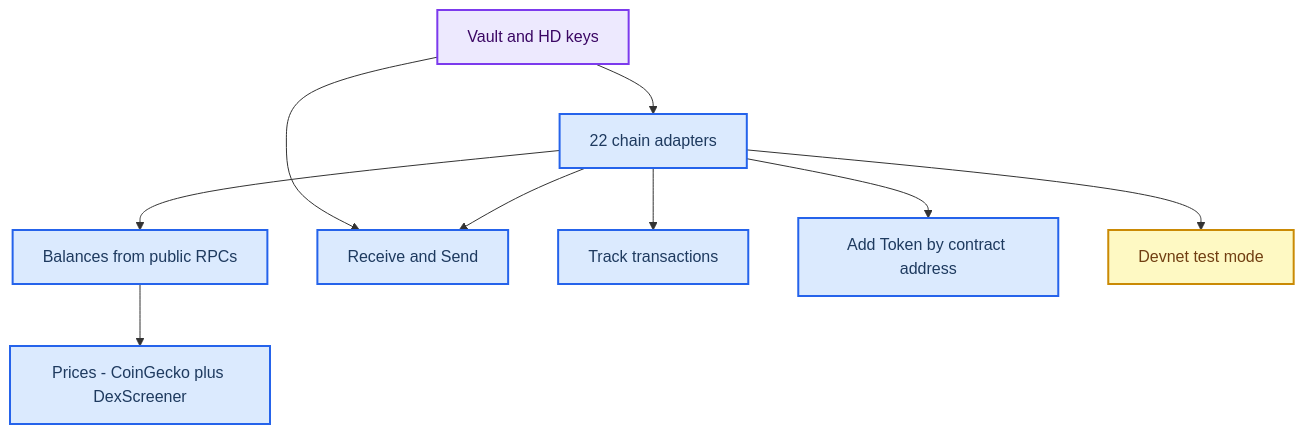
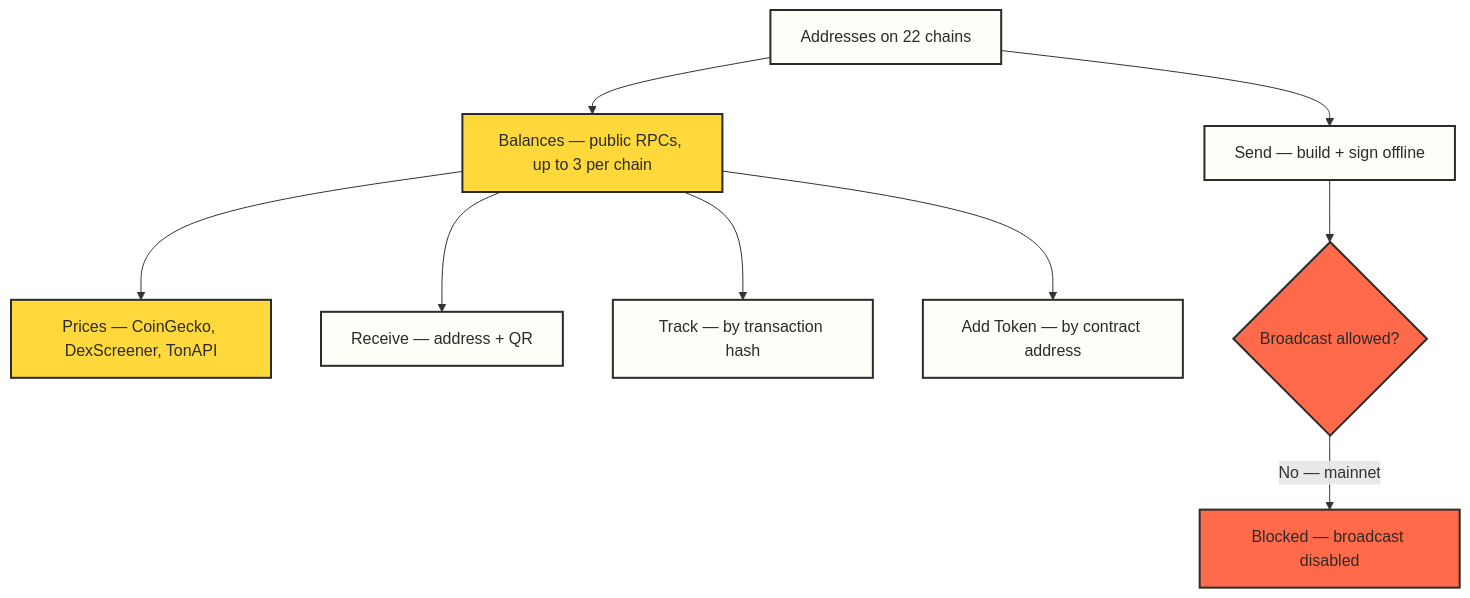
One commit to Pr3eve6ti2o/bawa changed the third of 3 diagrams in docs/HOW-IT-WORKS.md. Above: the diagram before and after it, drawn with Mermaid. The commit also changed other lines of this file and 3 other files, not shown here.

Commit message:
Lane K: hand-crafted architecture + explainer SVGs in README, richer Mermaid in HOW-IT-WORKS

````diff
--- a/docs/HOW-IT-WORKS.md
+++ b/docs/HOW-IT-WORKS.md
@@ -82,22 +84,24 @@
 ```mermaid
 flowchart TB
-    accTitle: What the example wallet does
-    accDescr: Vault and HD keys feed 22 chain adapters; balances, prices, Receive, Send, tracking, Add Token, and devnet hang off them
+    accTitle: Balances, prices and flows
+    accDescr: Addresses feed public RPC balances and cached prices; Receive, Track and Add Token read them, and Send stops at a disabled broadcast.
 
-    vault["Vault and HD keys"] --> chains["22 chain adapters"]
-    chains --> balances["Balances from public RPCs"]
-    balances --> prices["Prices - CoinGecko plus DexScreener"]
-    vault --> receive["Receive and Send"]
-    chains --> receive
-    chains --> track["Track transactions"]
-    chains --> addtoken["Add Token by contract address"]
-    chains --> devnet["Devnet test mode"]
+    addrs2["Addresses on 22 chains"] --> balances["Balances — public RPCs, up to 3 per chain"]
+    balances --> prices["Prices — CoinGecko, DexScreener, TonAPI"]
+    balances --> receive["Receive — address + QR"]
+    balances --> track["Track — by transaction hash"]
+    balances --> addtoken["Add Token — by contract address"]
+    addrs2 --> send["Send — build + sign offline"]
+    send --> guard{"Broadcast allowed?"}
+    guard -->|No — mainnet| blocked["Blocked — broadcast disabled"]
 
-    classDef key fill:#ede9fe,stroke:#7c3aed,stroke-width:2px,color:#3b0764
-    classDef process fill:#dbeafe,stroke:#2563eb,stroke-width:2px,color:#1e3a5f
-    classDef test fill:#fef9c3,stroke:#ca8a04,stroke-width:2px,color:#713f12
+    classDef guide fill:#FFFDF7,stroke:#2B2B2B,stroke-width:2px,color:#2B2B2B
+    classDef sun fill:#FFD93B,stroke:#2B2B2B,stroke-width:2px,color:#2B2B2B
+    classDef coral fill:#FF6B4A,stroke:#2B2B2B,stroke-width:2px,color:#2B2B2B
+    classDef plain fill:#FFFDF7,stroke:#2B2B2B,stroke-width:2px,color:#2B2B2B
 
-    class vault key
-    class chains,balances,prices,receive,track,addtoken process
-    class devnet test
+    class addrs2 guide
+    class balances,prices sun
+    class guard,blocked coral
+    class receive,track,addtoken,send plain
 ```
````
